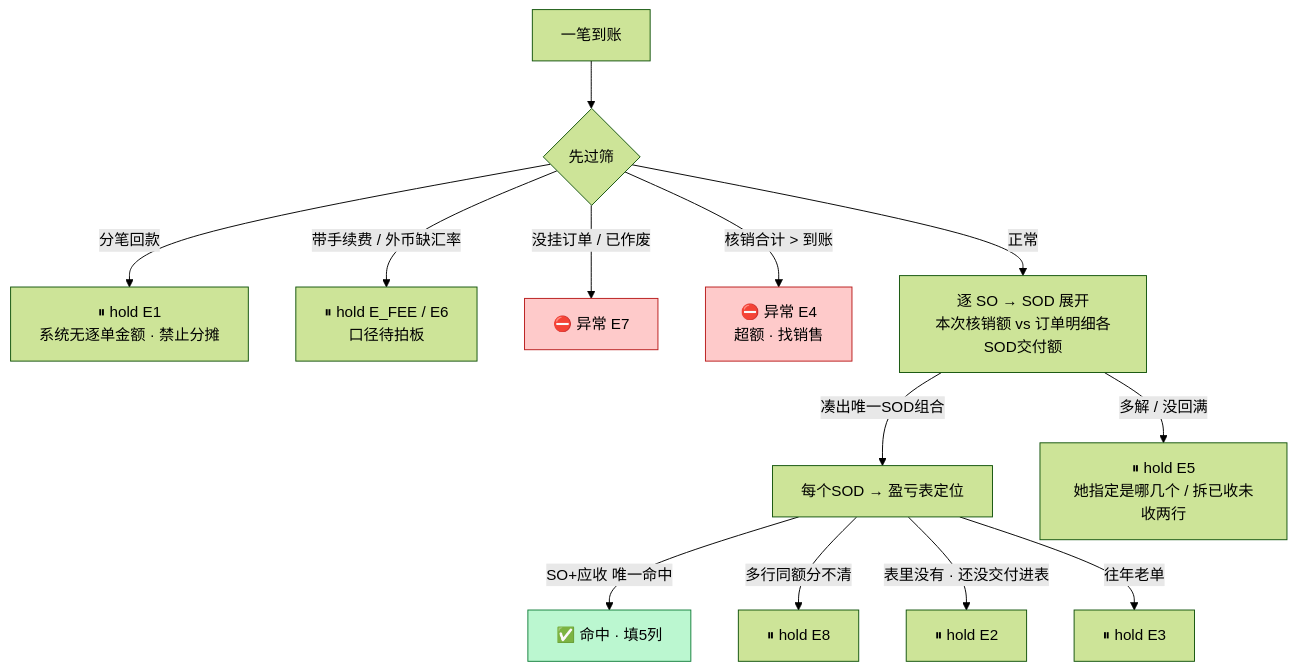
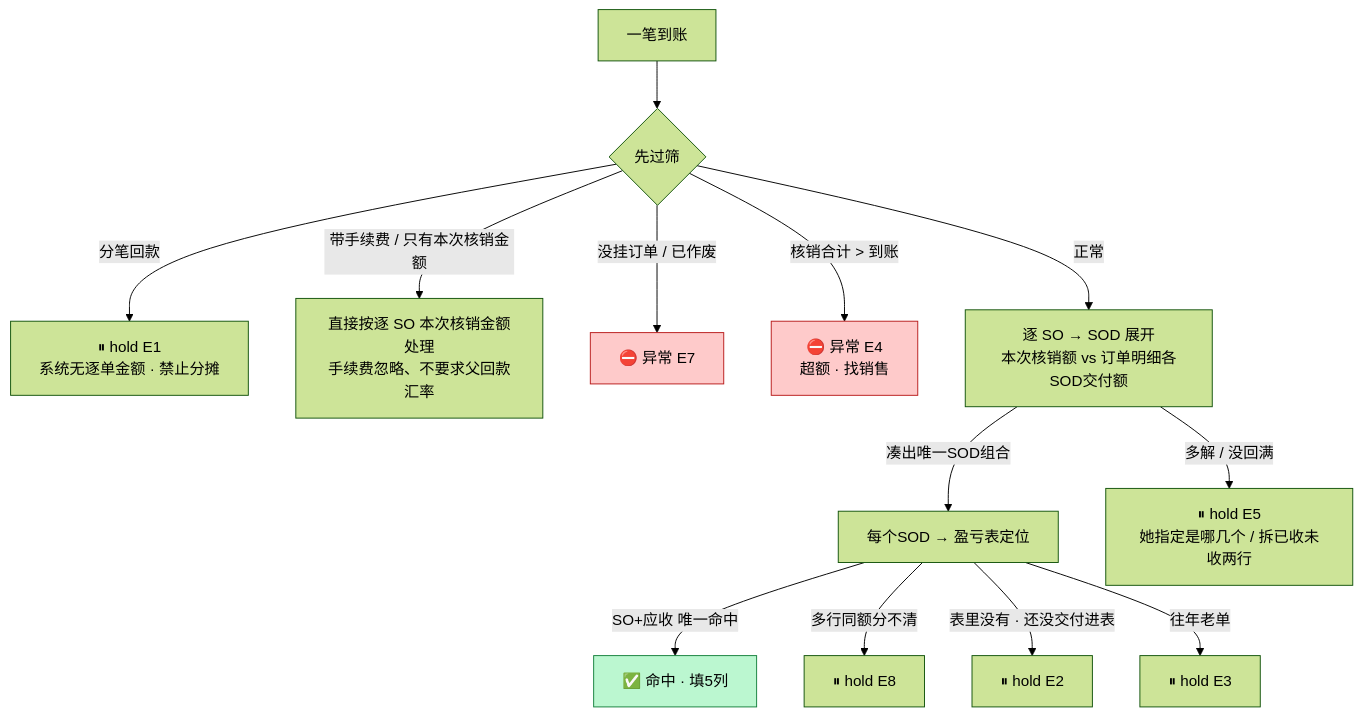
The second of 2 diagrams in skills/ar-hexiao-daily/README.md (EvanLee2004/finance-skills), drawn with Mermaid (forest theme) before and after one commit. The commit also changed 31 other files, not shown here.

````diff
--- a/skills/ar-hexiao-daily/README.md
+++ b/skills/ar-hexiao-daily/README.md
@@ -100,19 +100,19 @@
 ```mermaid
 flowchart TD
     P["一笔到账"] --> Q{"先过筛"}
     Q -->|"分笔回款"| E1["⏸ hold E1<br/>系统无逐单金额 · 禁止分摊"]
-    Q -->|"带手续费 / 外币缺汇率"| EF["⏸ hold E_FEE / E6<br/>口径待拍板"]
+    Q -->|"带手续费 / 只有本次核销金额"| EF["直接按逐 SO 本次核销金额处理<br/>手续费忽略、不要求父回款汇率"]
     Q -->|"没挂订单 / 已作废"| E7["⛔ 异常 E7"]
     Q -->|"核销合计 > 到账"| E4["⛔ 异常 E4<br/>超额 · 找销售"]
     Q -->|"正常"| SO["逐 SO → SOD 展开<br/>本次核销额 vs 订单明细各SOD交付额"]
     SO -->|"凑出唯一SOD组合"| LOC["每个SOD → 盈亏表定位"]
     SO -->|"多解 / 没回满"| E5["⏸ hold E5<br/>她指定是哪几个 / 拆已收未收两行"]
     LOC -->|"SO+应收 唯一命中"| HIT["✅ 命中 · 填5列"]
     LOC -->|"多行同额分不清"| E8["⏸ hold E8"]
     LOC -->|"表里没有 · 还没交付进表"| E2["⏸ hold E2"]
     LOC -->|"往年老单"| E3["⏸ hold E3"]
 
     style HIT fill:#bbf7d0,stroke:#15803d,color:#000
     style E4 fill:#fecaca,stroke:#b91c1c,color:#000
     style E7 fill:#fecaca,stroke:#b91c1c,color:#000
 ```
````
